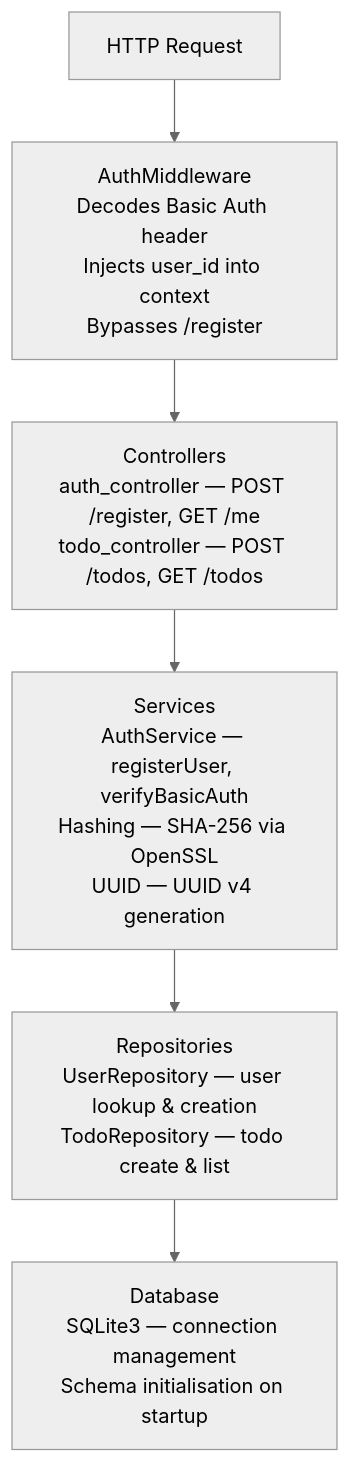
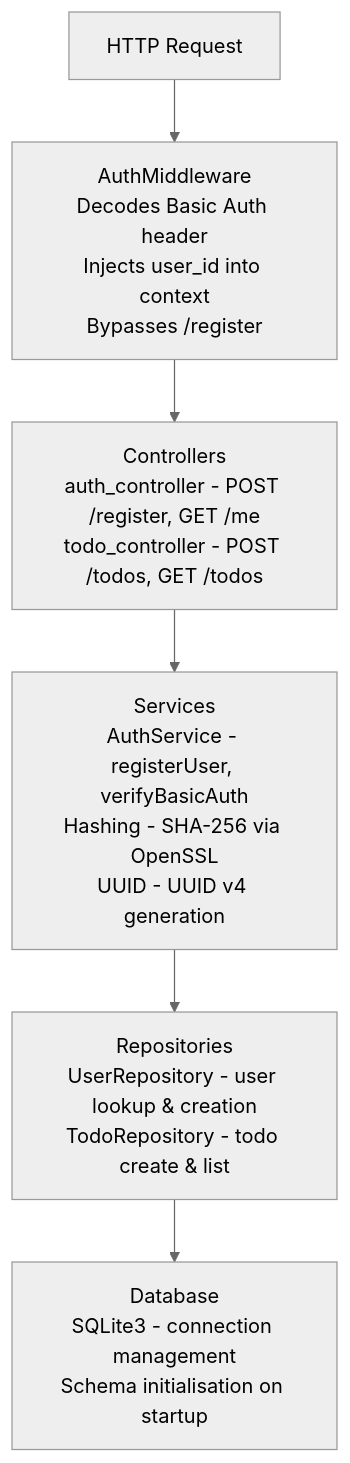
The diagram in README.md (Vedabahu/todo-app-cpp), drawn with Mermaid (neutral theme) before and after one commit. The commit also changed other lines of this file, not shown here.

````diff
--- a/README.md
+++ b/README.md
@@ -68,8 +69,8 @@
 ```mermaid
 flowchart TD
     A["HTTP Request"] --> B["AuthMiddleware<br/>Decodes Basic Auth header<br/>Injects user_id into context<br/>Bypasses /register"]
-    B --> C["Controllers<br/>auth_controller — POST /register, GET /me<br/>todo_controller — POST /todos, GET /todos"]
-    C --> D["Services<br/>AuthService — registerUser, verifyBasicAuth<br/>Hashing — SHA-256 via OpenSSL<br/>UUID — UUID v4 generation"]
-    D --> E["Repositories<br/>UserRepository — user lookup & creation<br/>TodoRepository — todo create & list"]
-    E --> F["Database<br/>SQLite3 — connection management<br/>Schema initialisation on startup"]
+    B --> C["Controllers<br/>auth_controller - POST /register, GET /me<br/>todo_controller - POST /todos, GET /todos"]
+    C --> D["Services<br/>AuthService - registerUser, verifyBasicAuth<br/>Hashing - SHA-256 via OpenSSL<br/>UUID - UUID v4 generation"]
+    D --> E["Repositories<br/>UserRepository - user lookup & creation<br/>TodoRepository - todo create & list"]
+    E --> F["Database<br/>SQLite3 - connection management<br/>Schema initialisation on startup"]
 ```
````
